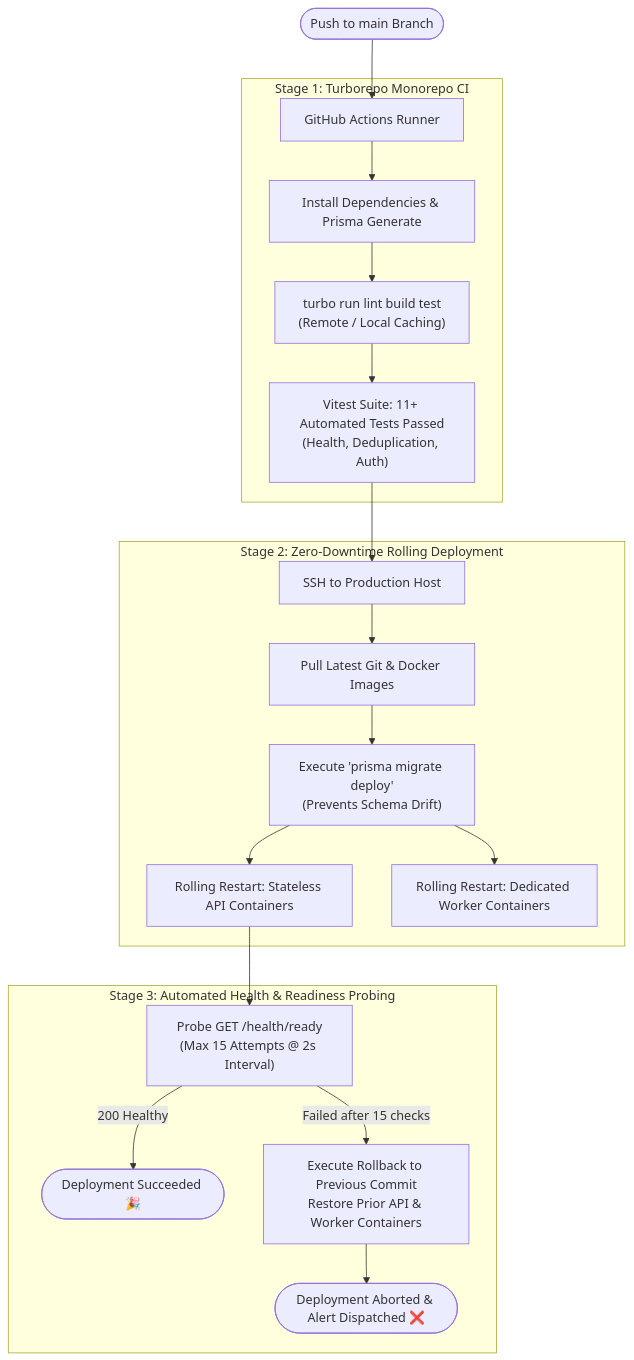
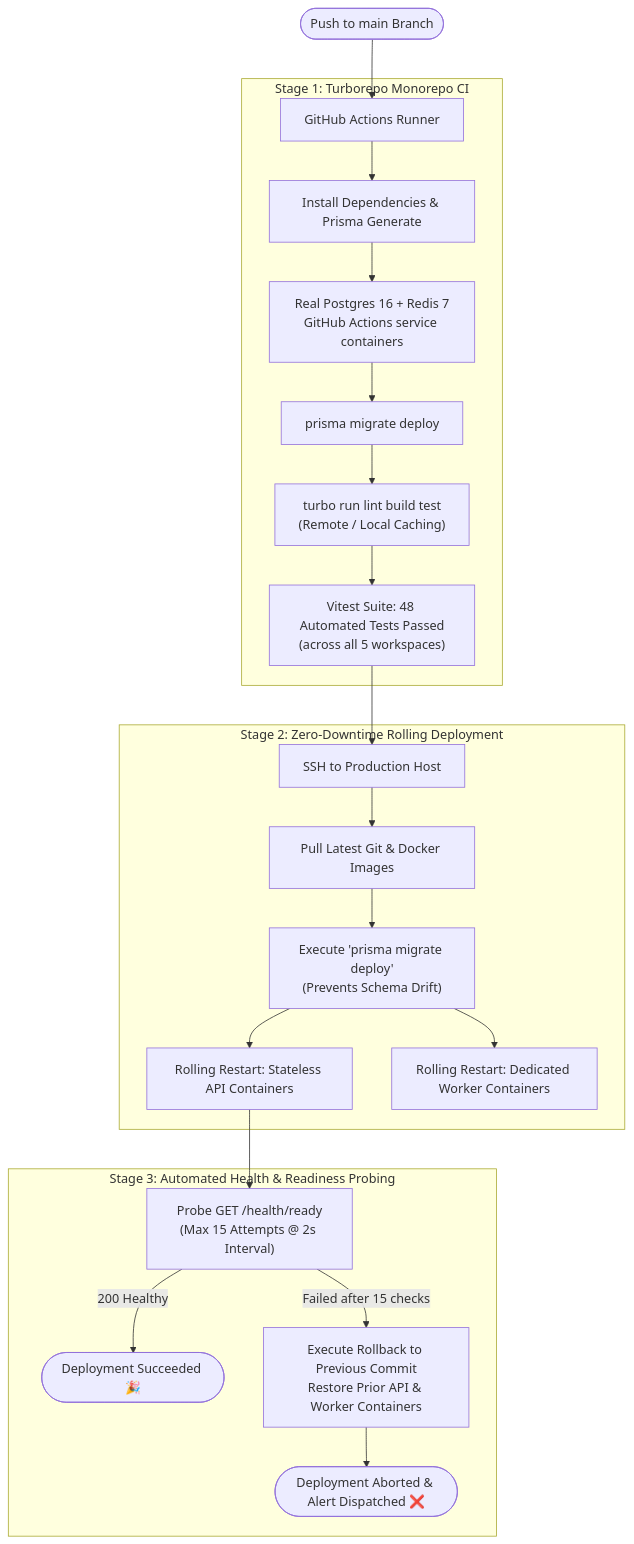
Before and after one commit to yashsrivastava1408/QuestionForge: the seventh of 9 diagrams in README.md, drawn with Mermaid. The commit also changed other lines of this file and 81 other files, not shown here.

````diff
--- a/README.md
+++ b/README.md
@@ -451,25 +470,27 @@
 ```mermaid
 flowchart TD
     Push([Push to main Branch]) --> GHA[GitHub Actions Runner]
     
     subgraph Stage1 ["Stage 1: Turborepo Monorepo CI"]
         GHA --> Install[Install Dependencies & Prisma Generate]
-        Install --> Turbo["turbo run lint build test\n(Remote / Local Caching)"]
-        Turbo --> VitestResults["Vitest Suite: 11+ Automated Tests Passed\n(Health, Deduplication, Auth)"]
+        Install --> Services["Real Postgres 16 + Redis 7\nGitHub Actions service containers"]
+        Services --> Migrate1["prisma migrate deploy"]
+        Migrate1 --> Turbo["turbo run lint build test\n(Remote / Local Caching)"]
+        Turbo --> VitestResults["Vitest Suite: 48 Automated Tests Passed\n(across all 5 workspaces)"]
     end
 
     subgraph Stage2 ["Stage 2: Zero-Downtime Rolling Deployment"]
         VitestResults --> SSH[SSH to Production Host]
         SSH --> Pull[Pull Latest Git & Docker Images]
         Pull --> Migrate["Execute 'prisma migrate deploy'\n(Prevents Schema Drift)"]
         Migrate --> RollingAPI[Rolling Restart: Stateless API Containers]
         Migrate --> RollingWorker[Rolling Restart: Dedicated Worker Containers]
     end
 
     subgraph Stage3 ["Stage 3: Automated Health & Readiness Probing"]
         RollingAPI --> Probe["Probe GET /health/ready\n(Max 15 Attempts @ 2s Interval)"]
         Probe -- "200 Healthy" --> DeploySuccess([Deployment Succeeded 🎉])
         Probe -- "Failed after 15 checks" --> Rollback["Execute Rollback to Previous Commit\nRestore Prior API & Worker Containers"]
         Rollback --> DeployFailed([Deployment Aborted & Alert Dispatched ❌])
     end
 ```
````
